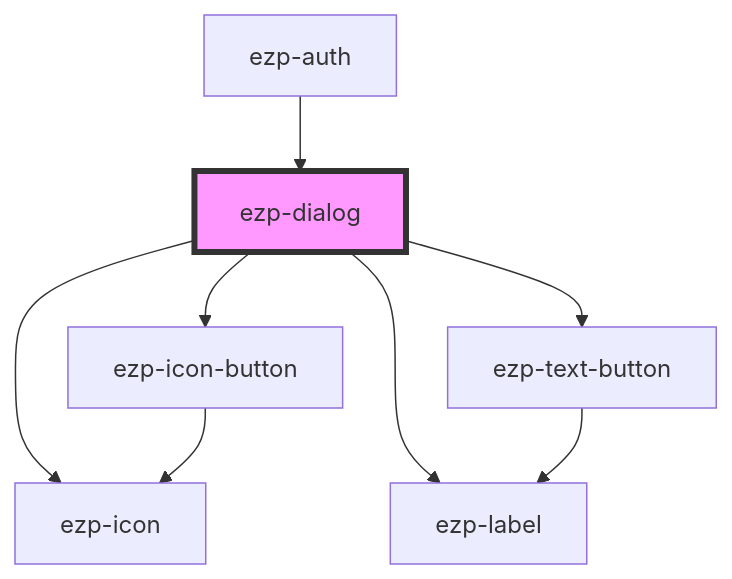
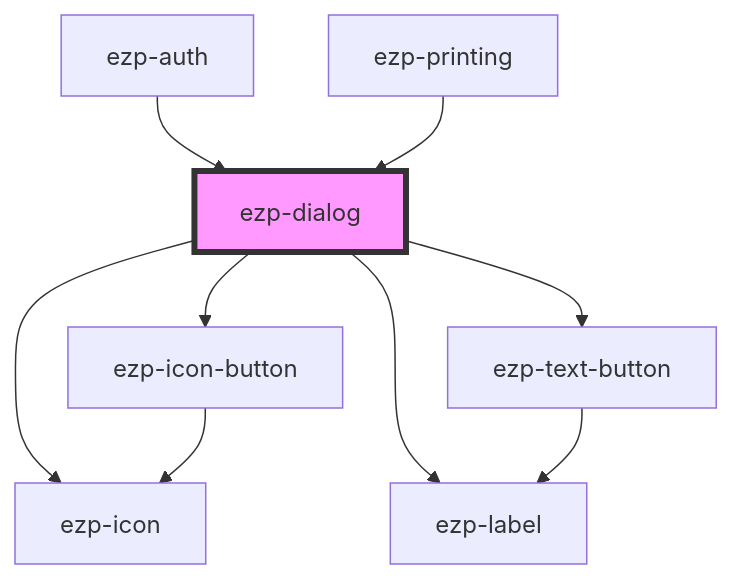
One commit to ezeep/ezeep-js changed the diagram in src/components/ezp-dialog/readme.md. Above: the diagram before and after it, drawn with Mermaid. The commit also changed other lines of this file and 7 other files, not shown here.

````diff
--- a/src/components/ezp-dialog/readme.md
+++ b/src/components/ezp-dialog/readme.md
@@ -38,11 +40,12 @@
 ```mermaid
 graph TD;
   ezp-dialog --> ezp-icon-button
   ezp-dialog --> ezp-icon
   ezp-dialog --> ezp-label
   ezp-dialog --> ezp-text-button
   ezp-icon-button --> ezp-icon
   ezp-text-button --> ezp-label
   ezp-auth --> ezp-dialog
+  ezp-printing --> ezp-dialog
   style ezp-dialog fill:#f9f,stroke:#333,stroke-width:4px
 ```
````
